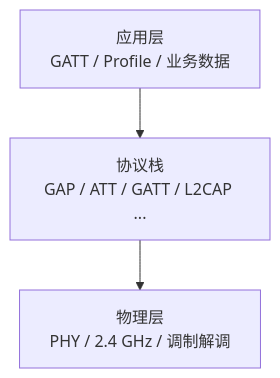
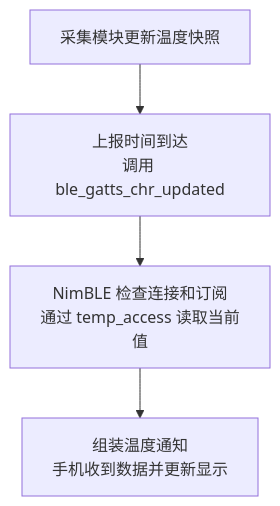
One commit to jh632/Obsidian_Note changed the fifth of 6 diagrams in note/嵌入式/BLE/03-BLE协议栈.md. Above: the diagram before and after it, drawn with Mermaid. The commit also changed other lines of this file and 34 other files, not shown here.

````diff
--- a/note/嵌入式/BLE/03-BLE协议栈.md
+++ b/note/嵌入式/BLE/03-BLE协议栈.md
@@ -11,7 +304,8 @@
 ```mermaid
 flowchart TB
-    A["应用层<br/>GATT / Profile / 业务数据"]
-    S["协议栈<br/>GAP / ATT / GATT / L2CAP ..."]
-    P["物理层<br/>PHY / 2.4 GHz / 调制解调"]
-    A --> S --> P
+    A["采集模块更新温度快照"]
+    B["上报时间到达<br/>调用 ble_gatts_chr_updated"]
+    C["NimBLE 检查连接和订阅<br/>通过 temp_access 读取当前值"]
+    D["组装温度通知<br/>手机收到数据并更新显示"]
+    A --> B --> C --> D
 ```
````
